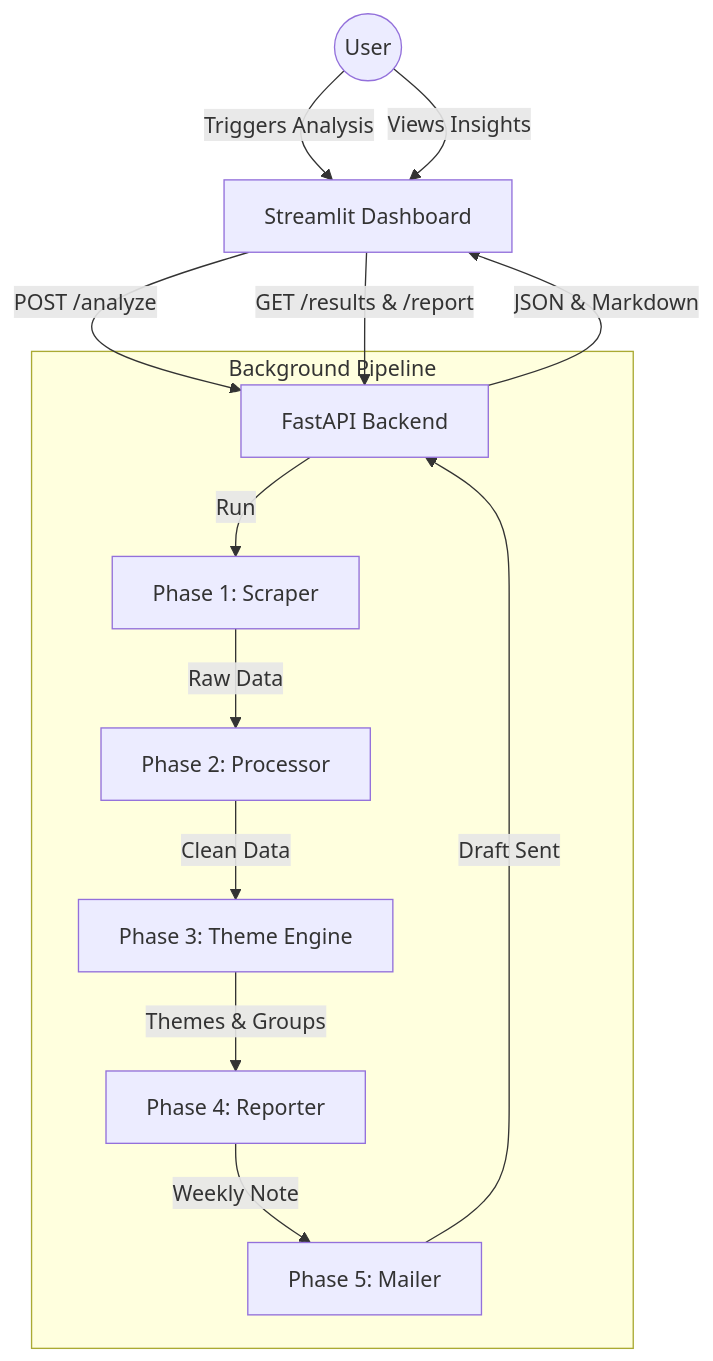
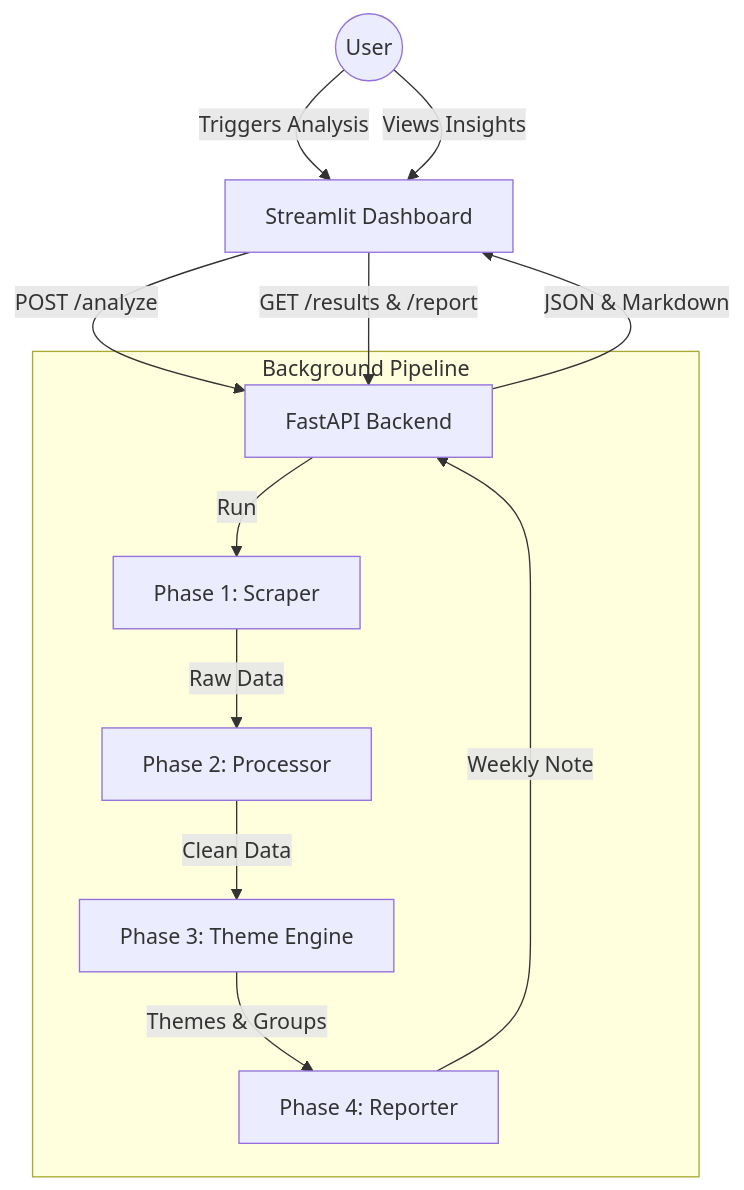
One commit to vaishnavipasumarthi-spec/Spotify_ReviewAnalyser- changed the diagram in architecture.md. Above: the diagram before and after it, drawn with Mermaid. The commit also changed other lines of this file and 1 other file, not shown here.

Commit message:
Cleanup: Removed Phase 5 Email Automation from documentation and user flow

````diff
--- a/architecture.md
+++ b/architecture.md
@@ -7,19 +7,18 @@
 ```mermaid
 graph TD
     User((User)) -->|Triggers Analysis| UI[Streamlit Dashboard]
     UI -->|POST /analyze| API[FastAPI Backend]
     
     subgraph "Background Pipeline"
         API -->|Run| P1[Phase 1: Scraper]
         P1 -->|Raw Data| P2[Phase 2: Processor]
         P2 -->|Clean Data| P3[Phase 3: Theme Engine]
         P3 -->|Themes & Groups| P4[Phase 4: Reporter]
-        P4 -->|Weekly Note| P5[Phase 5: Mailer]
     end
     
-    P5 -->|Draft Sent| API
+    P4 -->|Weekly Note| API
     
     User -->|Views Insights| UI
     UI -->|GET /results & /report| API
     API -->|JSON & Markdown| UI
 ```
````
